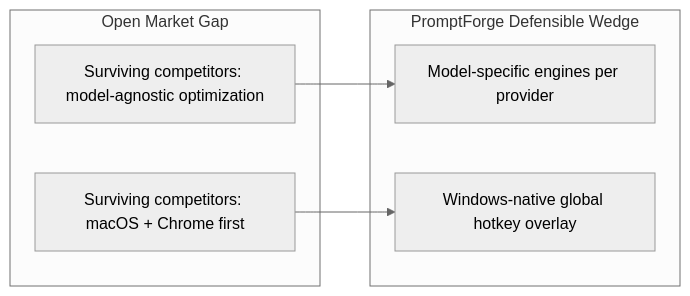
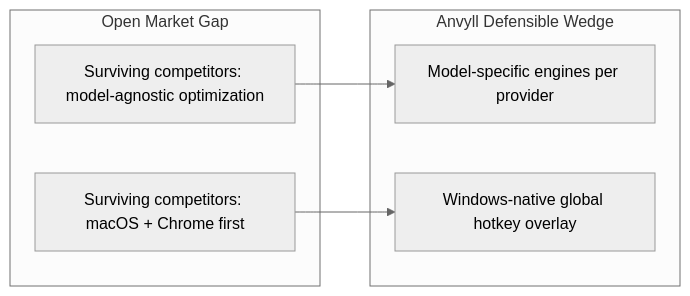
Before and after one commit to jules200769/prompting-agent: the first of 4 diagrams in CONCEPT.md, drawn with Mermaid (neutral theme). The commit also changed other lines of this file and 72 other files, not shown here.

````diff
--- a/CONCEPT.md
+++ b/CONCEPT.md
@@ -58,13 +58,13 @@
 ```mermaid
 flowchart LR
     subgraph market[Open Market Gap]
         A["Surviving competitors: model-agnostic optimization"]
         B["Surviving competitors: macOS + Chrome first"]
     end
-    subgraph forge[PromptForge Defensible Wedge]
+    subgraph forge[Anvyll Defensible Wedge]
         C[Model-specific engines per provider]
         D[Windows-native global hotkey overlay]
     end
     A --> C
     B --> D
 ```
````
